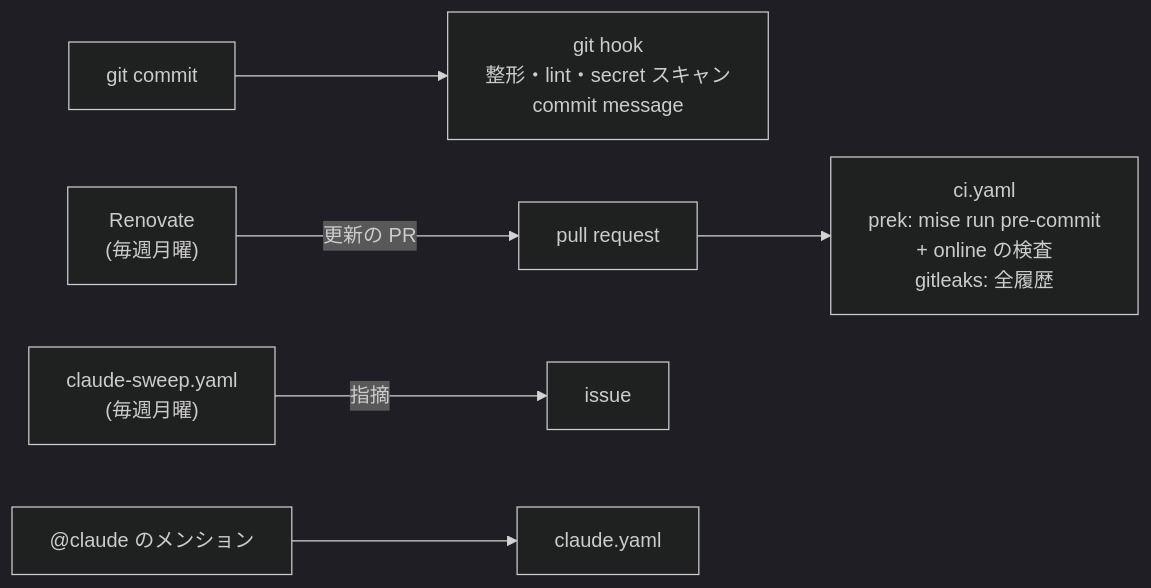
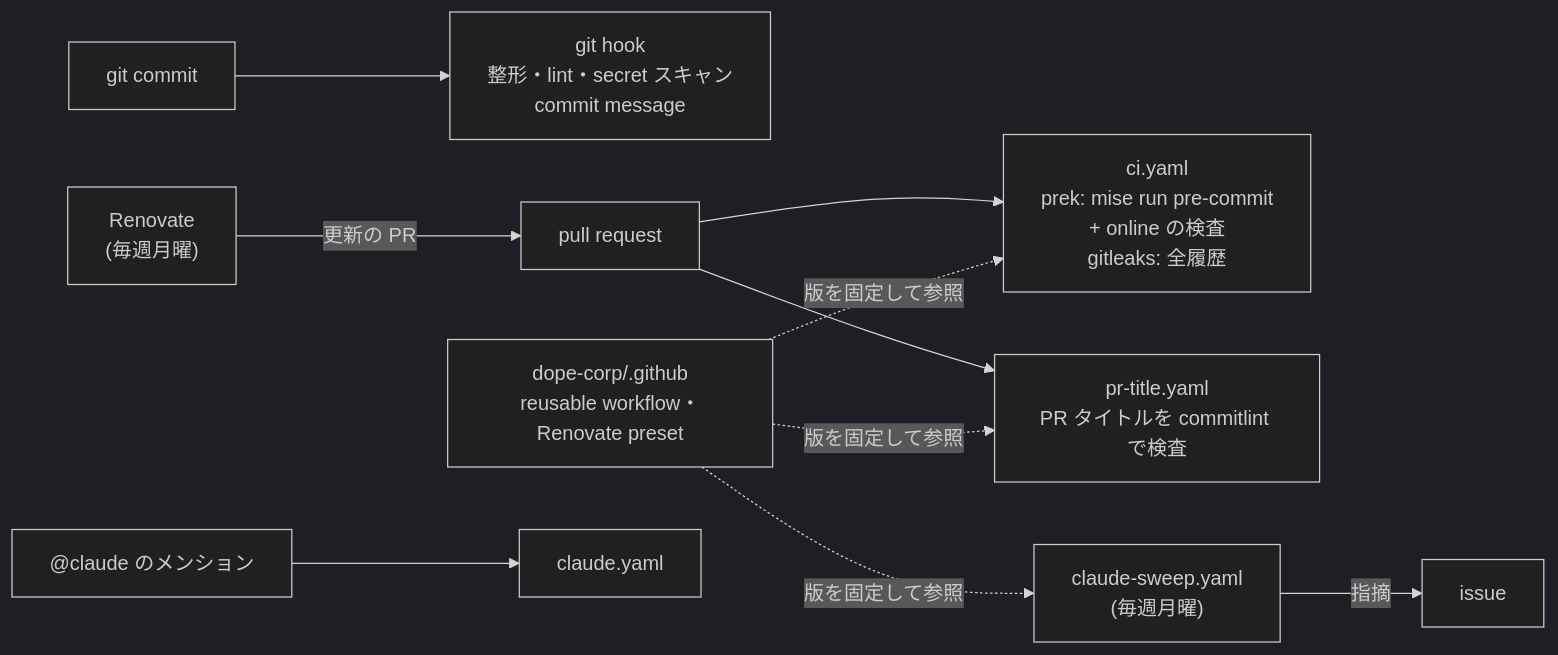
Before and after one commit to dope-corp/template: the first of 2 diagrams in README.md, drawn with Mermaid (dark theme). The commit also changed other lines of this file and 15 other files, not shown here.

First line of the commit message:
feat: dope-corp/.github の共通設定を参照し、派生リポジトリで起きる問題を直す (#145)

````diff
--- a/README.md
+++ b/README.md
@@ -20,8 +22,10 @@
 ```mermaid
 flowchart LR
     commit[git commit] --> hooks["git hook<br/>整形・lint・secret スキャン<br/>commit message"]
     pr[pull request] --> ci["ci.yaml<br/>prek: mise run pre-commit<br/>+ online の検査<br/>gitleaks: 全履歴"]
+    pr --> title["pr-title.yaml<br/>PR タイトルを commitlint で検査"]
+    shared["dope-corp/.github<br/>reusable workflow・Renovate preset"] -. 版を固定して参照 .-> ci & title & sweep
     renovate["Renovate<br/>(毎週月曜)"] -- 更新の PR --> pr
     sweep["claude-sweep.yaml<br/>(毎週月曜)"] -- 指摘 --> issue[issue]
     mention["@claude のメンション"] --> claude[claude.yaml]
 ```
````
